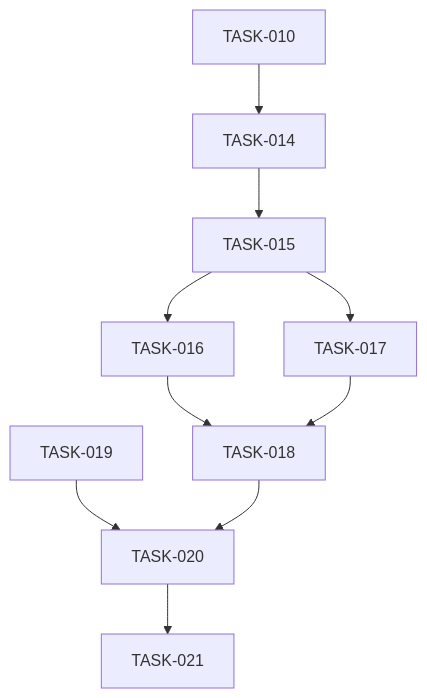
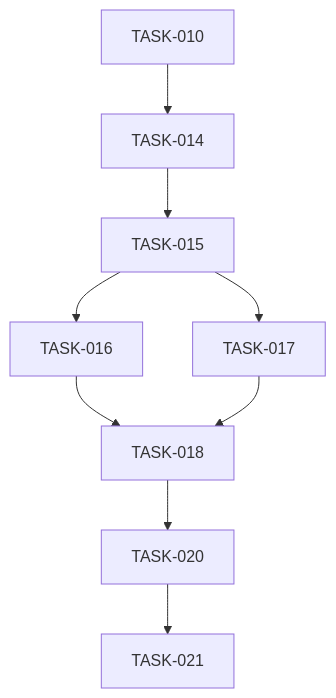
The diagram in doc/backlog/EPIC-002-agent-routing-reliability/epic.md (KolesnikMichael/yoda-chat-bot), drawn with Mermaid before and after one commit. The commit also changed other lines of this file and 39 other files, not shown here.

````diff
--- a/doc/backlog/EPIC-002-agent-routing-reliability/epic.md
+++ b/doc/backlog/EPIC-002-agent-routing-reliability/epic.md
@@ -92,12 +91,11 @@
 ```mermaid
 graph TD
     T010[TASK-010] --> T014[TASK-014]
     T014 --> T015[TASK-015]
     T015 --> T016[TASK-016]
     T015 --> T017[TASK-017]
     T016 --> T018[TASK-018]
     T017 --> T018
-    T019[TASK-019] --> T020[TASK-020]
-    T018 --> T020
+    T018 --> T020[TASK-020]
     T020 --> T021[TASK-021]
 ```
````
